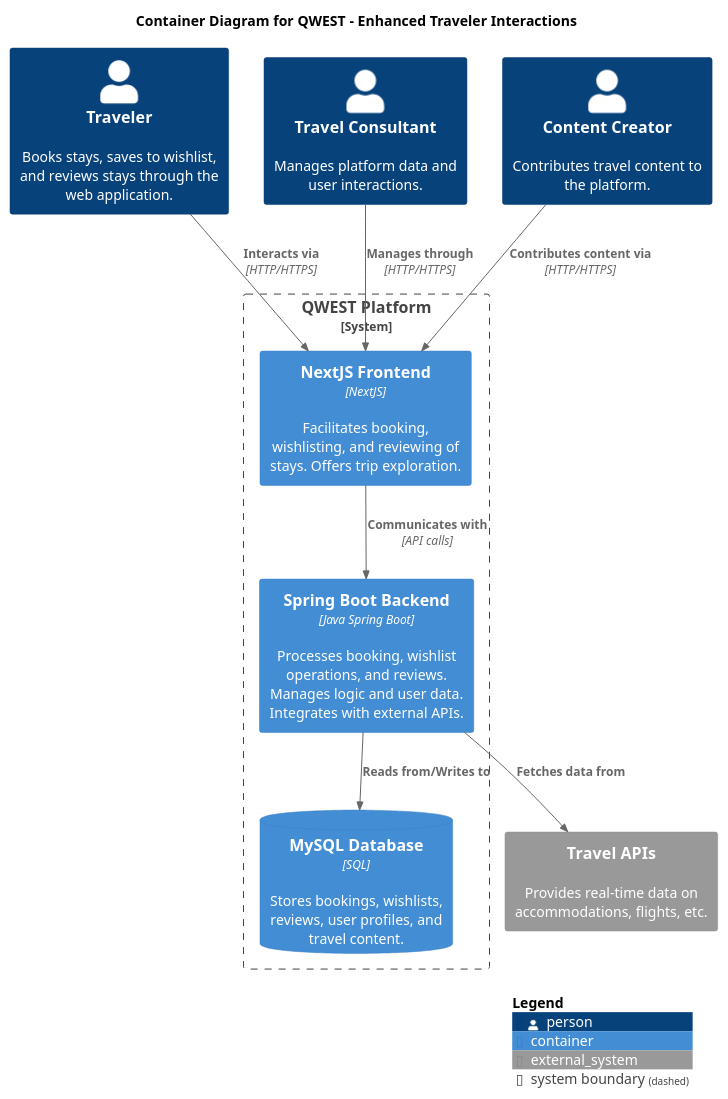
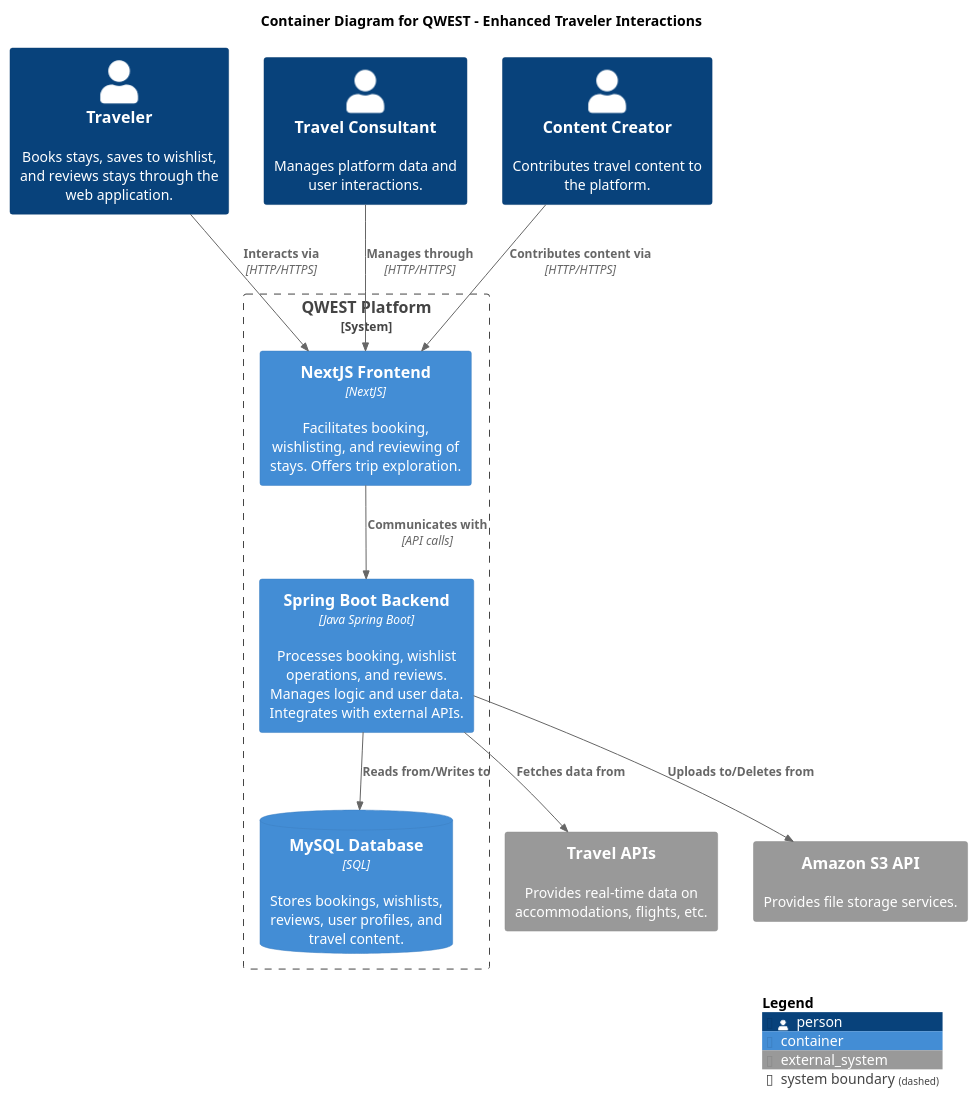
One commit to shev0k/qwest-be changed the diagram in Documentation/Diagrams/C2.puml. Above: the diagram before and after it, drawn with PlantUML. The commit also changed 6 other files, not shown here.

```diff
--- a/Documentation/Diagrams/C2.puml
+++ b/Documentation/Diagrams/C2.puml
@@ -1,29 +1,31 @@
 @startuml
 !includeurl https://raw.githubusercontent.com/RicardoNiepel/C4-PlantUML/master/C4_Container.puml
 
 LAYOUT_WITH_LEGEND()
 
 title Container Diagram for QWEST - Enhanced Traveler Interactions
 
 Person(user, "Traveler", "Books stays, saves to wishlist, and reviews stays through the web application.")
 Person(travelConsultant, "Travel Consultant", "Manages platform data and user interactions.")
 Person(contentCreator, "Content Creator", "Contributes travel content to the platform.")
 
 System_Boundary(qwest, "QWEST Platform") {
     Container(webApp, "NextJS Frontend", "NextJS", "Facilitates booking, wishlisting, and reviewing of stays. Offers trip exploration.")
     Container(springApp, "Spring Boot Backend", "Java Spring Boot", "Processes booking, wishlist operations, and reviews. Manages logic and user data. Integrates with external APIs.")
     ContainerDb(database, "MySQL Database", "SQL", "Stores bookings, wishlists, reviews, user profiles, and travel content.")
 
     Rel(user, webApp, "Interacts via", "HTTP/HTTPS")
     Rel(travelConsultant, webApp, "Manages through", "HTTP/HTTPS")
     Rel(contentCreator, webApp, "Contributes content via", "HTTP/HTTPS")
     Rel(webApp, springApp, "Communicates with", "API calls")
     Rel(springApp, database, "Reads from/Writes to")
 }
 
 System_Ext(travelAPIs, "Travel APIs", "Provides real-time data on accommodations, flights, etc.")
 Rel(springApp, travelAPIs, "Fetches data from")
+System_Ext(s3AmazonAPI, "Amazon S3 API", "Provides file storage services.")
+Rel(springApp, s3AmazonAPI, "Uploads to/Deletes from")
 
 SHOW_LEGEND()
 
 @enduml
```
